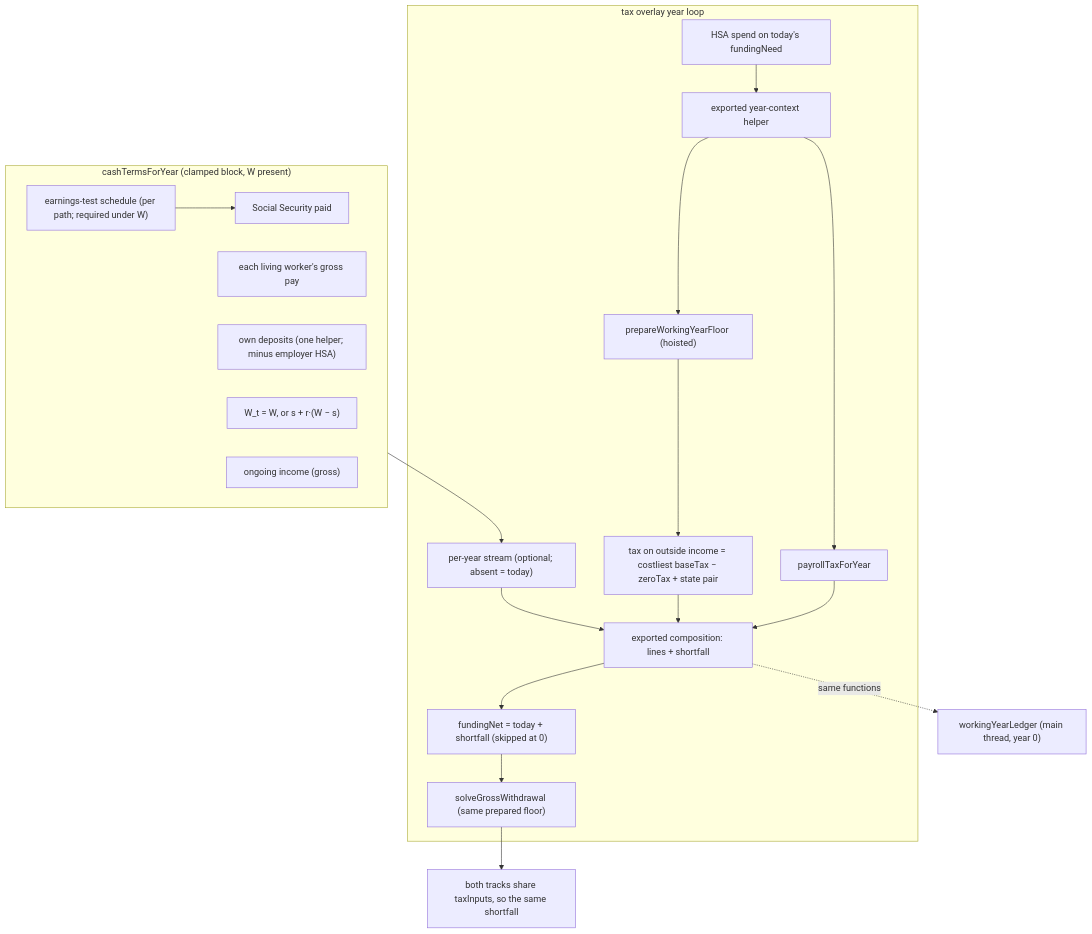
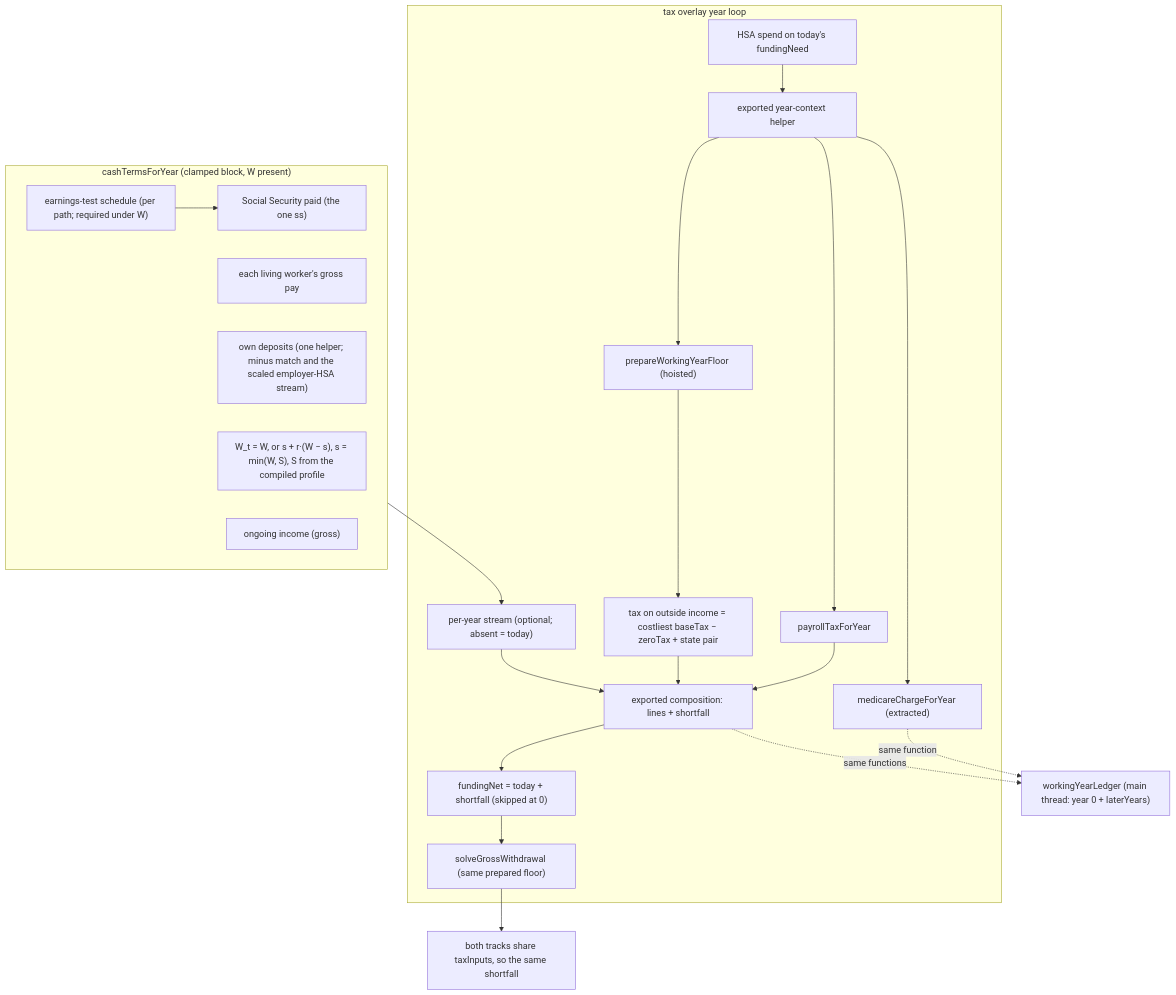
The first of 2 diagrams in projects/the-back-nine/docs/plans/features/working-year-pay-check-build-spec.md (mbriggsy/ai-learning-journey), drawn with Mermaid before and after one commit. The commit also changed other lines of this file and 1 other file, not shown here.

````diff
--- a/projects/the-back-nine/docs/plans/features/working-year-pay-check-build-spec.md
+++ b/projects/the-back-nine/docs/plans/features/working-year-pay-check-build-spec.md
@@ -229,24 +302,26 @@
 ```mermaid
 flowchart TB
   subgraph CT["cashTermsForYear (clamped block, W present)"]
-    ET["earnings-test schedule (per path; required under W)"] --> SS["Social Security paid"]
+    ET["earnings-test schedule (per path; required under W)"] --> SS["Social Security paid (the one ss)"]
     PAY["each living worker's gross pay"]
-    DEP["own deposits (one helper; minus employer HSA)"]
-    WT["W_t = W, or s + r·(W − s)"]
+    DEP["own deposits (one helper; minus match and the scaled employer-HSA stream)"]
+    WT["W_t = W, or s + r·(W − s), s = min(W, S), S from the compiled profile"]
     OI["ongoing income (gross)"]
   end
   CT --> STREAM["per-year stream (optional; absent = today)"]
   subgraph OV["tax overlay year loop"]
     HSA["HSA spend on today's fundingNeed"] --> CTX["exported year-context helper"]
     CTX --> FLOOR["prepareWorkingYearFloor (hoisted)"]
     FLOOR --> TOP["tax on outside income = costliest baseTax − zeroTax + state pair"]
     CTX --> PT["payrollTaxForYear"]
+    CTX --> MED["medicareChargeForYear (extracted)"]
     STREAM --> COMP["exported composition: lines + shortfall"]
     TOP --> COMP
     PT --> COMP
     COMP --> FN["fundingNet = today + shortfall (skipped at 0)"]
     FN --> GU["solveGrossWithdrawal (same prepared floor)"]
   end
   GU --> BOTH["both tracks share taxInputs, so the same shortfall"]
-  COMP -. "same functions" .-> LED["workingYearLedger (main thread, year 0)"]
+  COMP -. "same functions" .-> LED["workingYearLedger (main thread: year 0 + laterYears)"]
+  MED -. "same function" .-> LED
 ```
````
